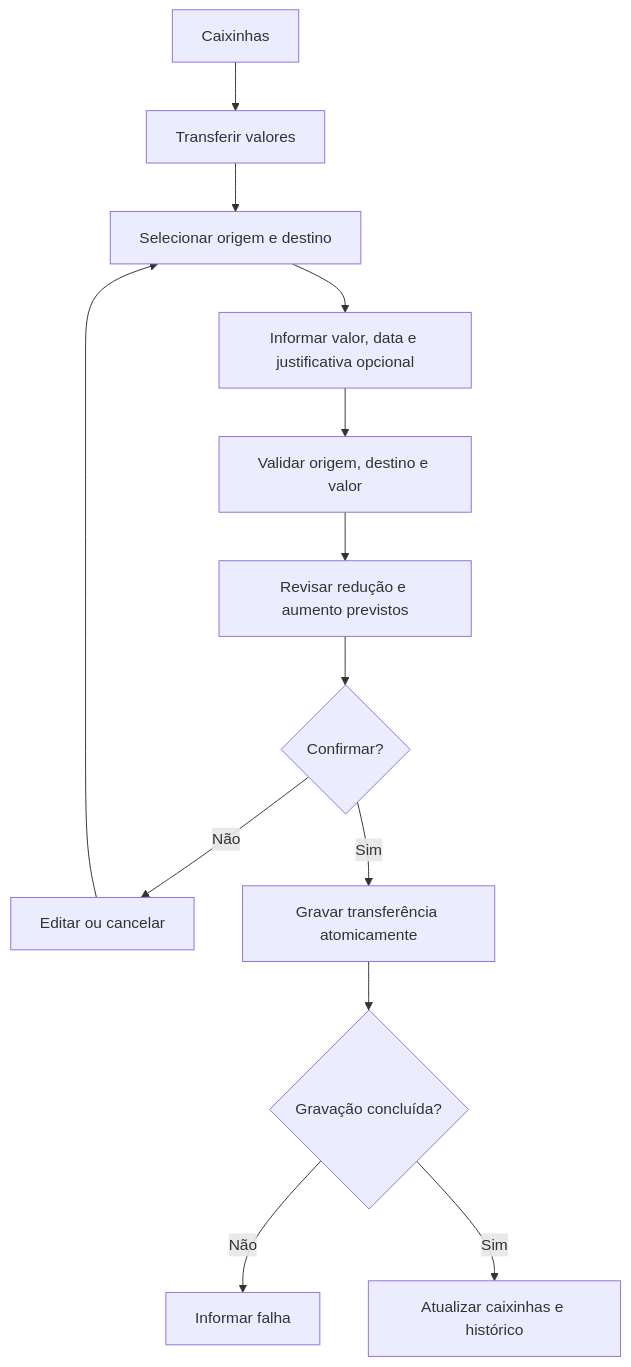
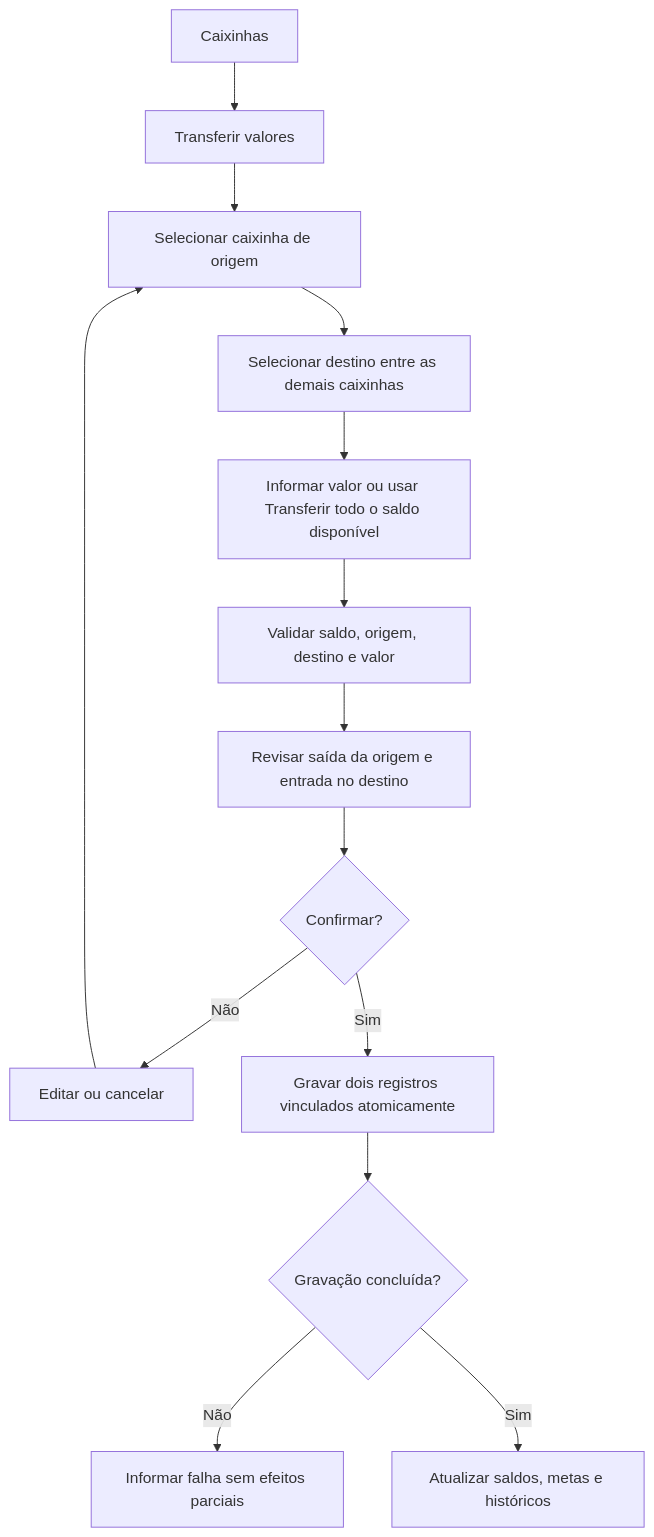
The fifth of 8 diagrams in docs/ux/T4-mapa-navegacao-fluxos.md (mosiah-andrade/tangerina), drawn with Mermaid before and after one commit. The commit also changed other lines of this file, not shown here.

Commit message:
docs(ux): atualiza fluxo de transferencia T28

````diff
--- a/docs/ux/T4-mapa-navegacao-fluxos.md
+++ b/docs/ux/T4-mapa-navegacao-fluxos.md
@@ -175,15 +175,16 @@
 ```mermaid
 flowchart TD
     A[Caixinhas] --> B[Transferir valores]
-    B --> C[Selecionar origem e destino]
-    C --> D[Informar valor, data e justificativa opcional]
-    D --> E[Validar origem, destino e valor]
-    E --> F[Revisar redução e aumento previstos]
-    F --> G{Confirmar?}
-    G -- Não --> H[Editar ou cancelar]
-    H --> C
-    G -- Sim --> I[Gravar transferência atomicamente]
-    I --> J{Gravação concluída?}
-    J -- Não --> K[Informar falha]
-    J -- Sim --> L[Atualizar caixinhas e histórico]
+    B --> C[Selecionar caixinha de origem]
+    C --> D[Selecionar destino entre as demais caixinhas]
+    D --> E[Informar valor ou usar Transferir todo o saldo disponível]
+    E --> F[Validar saldo, origem, destino e valor]
+    F --> G[Revisar saída da origem e entrada no destino]
+    G --> H{Confirmar?}
+    H -- Não --> I[Editar ou cancelar]
+    I --> C
+    H -- Sim --> J[Gravar dois registros vinculados atomicamente]
+    J --> K{Gravação concluída?}
+    K -- Não --> L[Informar falha sem efeitos parciais]
+    K -- Sim --> M[Atualizar saldos, metas e históricos]
 ```
````
